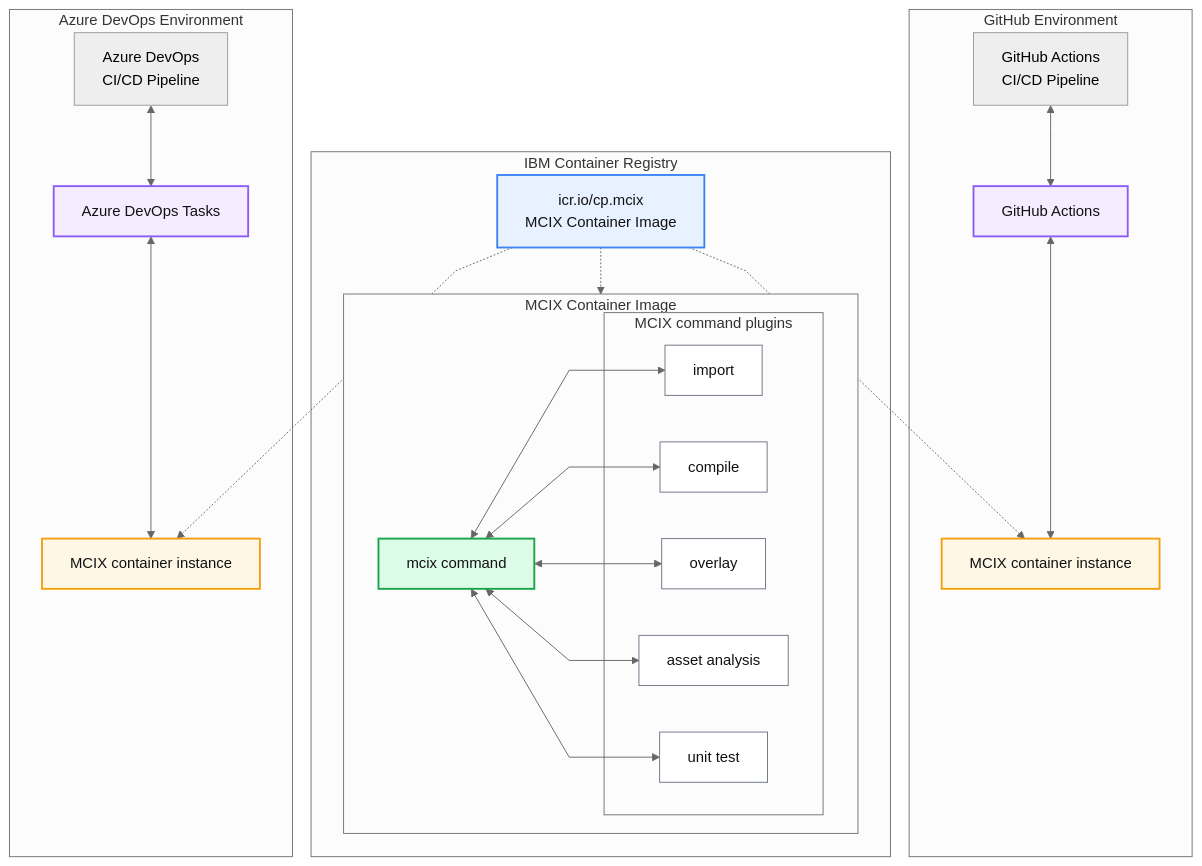
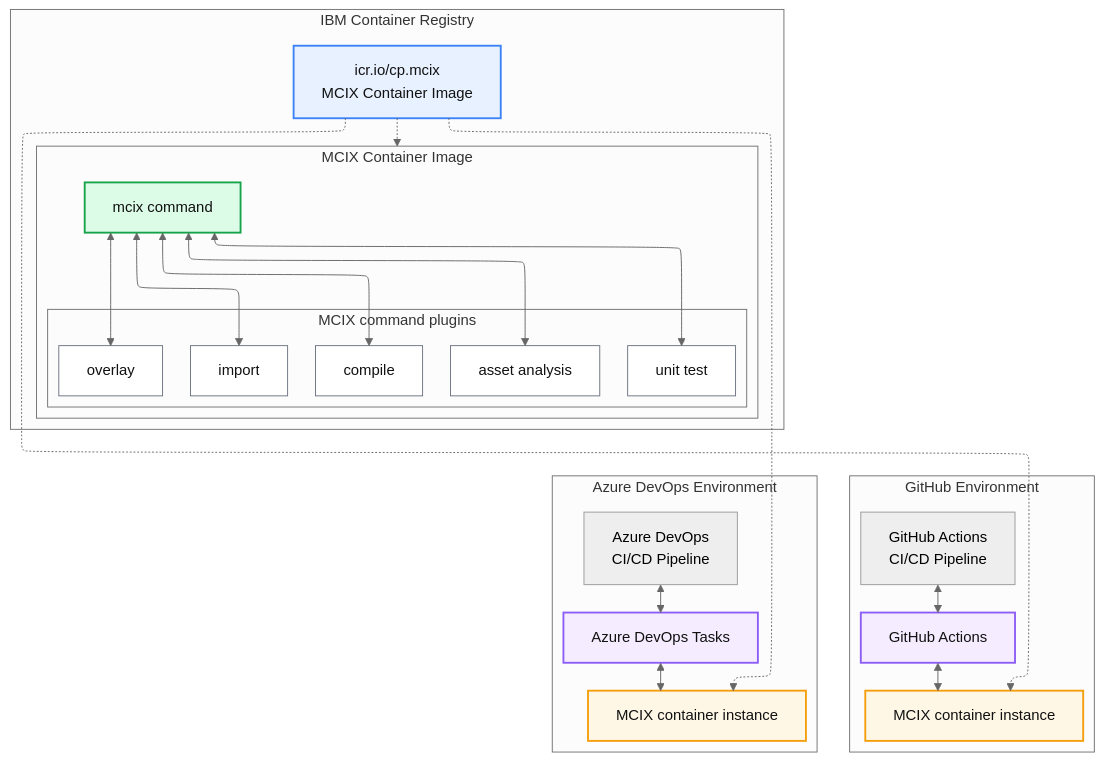
The diagram in ARCHITECTURE.md (MettleCI/mcix), drawn with Mermaid (neutral theme) before and after one commit.

Commit message:
Update ARCHITECTURE.md with mermaid config
Add configuration for mermaid flowchart layout

````diff
--- a/ARCHITECTURE.md
+++ b/ARCHITECTURE.md
@@ -1,7 +1,9 @@
 ```mermaid
+  ---
+  config:
+    layout: elk
+  ---
   flowchart TD
-
-  %%{init: { "htmlLabels": true, "flowchart": { "curve": "linear" } } }%%
 
   %% =========================
   %% Styles
````
